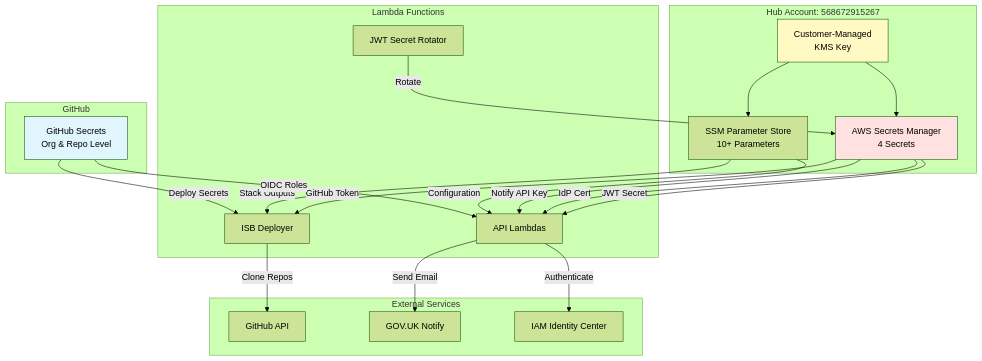
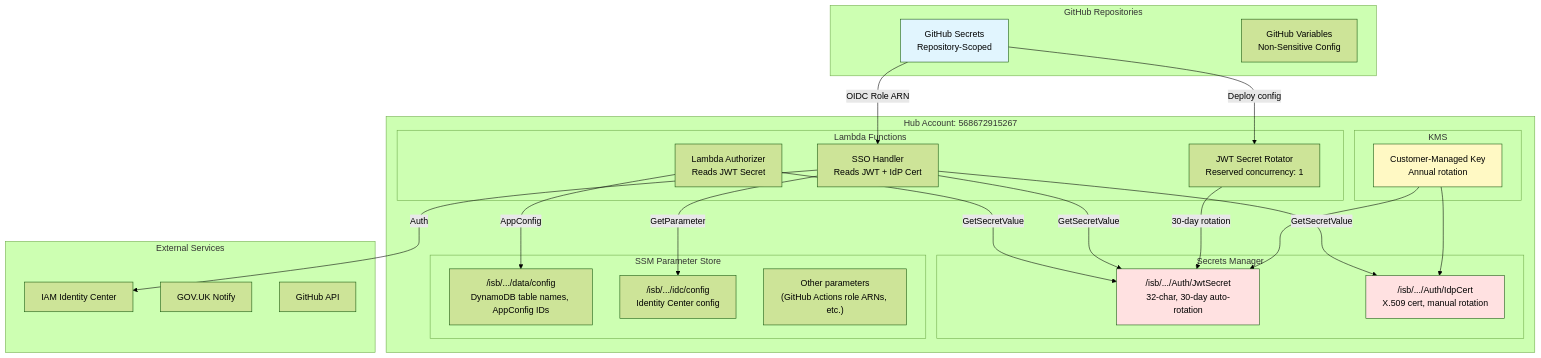
Before and after one commit to co-cddo/ndx-try-arch: the first of 2 diagrams in docs/62-secrets-management.md, drawn with Mermaid (forest theme). The commit also changed other lines of this file and 41 other files, not shown here.

First line of the commit message:
docs: update NDX architecture documentation (#9)

````diff
--- a/docs/62-secrets-management.md
+++ b/docs/62-secrets-management.md
@@ -24,48 +14,57 @@
 ```mermaid
 flowchart TB
-    subgraph "GitHub"
-        gh_secrets[GitHub Secrets<br/>Org & Repo Level]
+    subgraph "GitHub Repositories"
+        gh_secrets[GitHub Secrets<br/>Repository-Scoped]
+        gh_vars[GitHub Variables<br/>Non-Sensitive Config]
     end
 
     subgraph "Hub Account: 568672915267"
-        secrets_mgr[AWS Secrets Manager<br/>4 Secrets]
-        ssm[SSM Parameter Store<br/>10+ Parameters]
-        kms[Customer-Managed<br/>KMS Key]
-    end
+        subgraph "Secrets Manager"
+            jwt_secret["/isb/.../Auth/JwtSecret"<br/>32-char, 30-day auto-rotation]
+            idp_cert["/isb/.../Auth/IdpCert"<br/>X.509 cert, manual rotation]
+        end
 
-    subgraph "Lambda Functions"
-        jwt_rotator[JWT Secret Rotator]
-        lambda_apis[API Lambdas]
-        deployer[ISB Deployer]
+        subgraph "SSM Parameter Store"
+            ssm_data["/isb/.../data/config"<br/>DynamoDB table names, AppConfig IDs]
+            ssm_idc["/isb/.../idc/config"<br/>Identity Center config]
+            ssm_other["Other parameters<br/>(GitHub Actions role ARNs, etc.)"]
+        end
+
+        subgraph "KMS"
+            kms_key[Customer-Managed Key<br/>Annual rotation]
+        end
+
+        subgraph "Lambda Functions"
+            rotator[JWT Secret Rotator<br/>Reserved concurrency: 1]
+            sso_handler[SSO Handler<br/>Reads JWT + IdP Cert]
+            authorizer[Lambda Authorizer<br/>Reads JWT Secret]
+        end
     end
 
     subgraph "External Services"
+        idc[IAM Identity Center]
+        notify[GOV.UK Notify]
         github_api[GitHub API]
-        notify[GOV.UK Notify]
-        identity_center[IAM Identity Center]
     end
 
-    kms --> secrets_mgr
-    kms --> ssm
+    kms_key --> jwt_secret
+    kms_key --> idp_cert
 
-    secrets_mgr -->|JWT Secret| lambda_apis
-    secrets_mgr -->|IdP Cert| lambda_apis
-    secrets_mgr -->|Notify API Key| lambda_apis
-    secrets_mgr -->|GitHub Token| deployer
+    rotator -->|30-day rotation| jwt_secret
+    sso_handler -->|GetSecretValue| jwt_secret
+    sso_handler -->|GetSecretValue| idp_cert
+    authorizer -->|GetSecretValue| jwt_secret
 
-    ssm -->|Configuration| lambda_apis
-    ssm -->|Stack Outputs| deployer
+    sso_handler -->|GetParameter| ssm_idc
+    authorizer -->|AppConfig| ssm_data
 
-    jwt_rotator -->|Rotate| secrets_mgr
+    gh_secrets -->|OIDC Role ARN| sso_handler
+    gh_secrets -->|Deploy config| rotator
 
-    gh_secrets -->|OIDC Roles| lambda_apis
-    gh_secrets -->|Deploy Secrets| deployer
+    sso_handler -->|Auth| idc
 
-    lambda_apis -->|Authenticate| identity_center
-    lambda_apis -->|Send Email| notify
-    deployer -->|Clone Repos| github_api
-
-    style secrets_mgr fill:#ffe1e1
+    style jwt_secret fill:#ffe1e1
+    style idp_cert fill:#ffe1e1
+    style kms_key fill:#fff9c4
     style gh_secrets fill:#e1f5fe
-    style kms fill:#fff9c4
 ```
````
